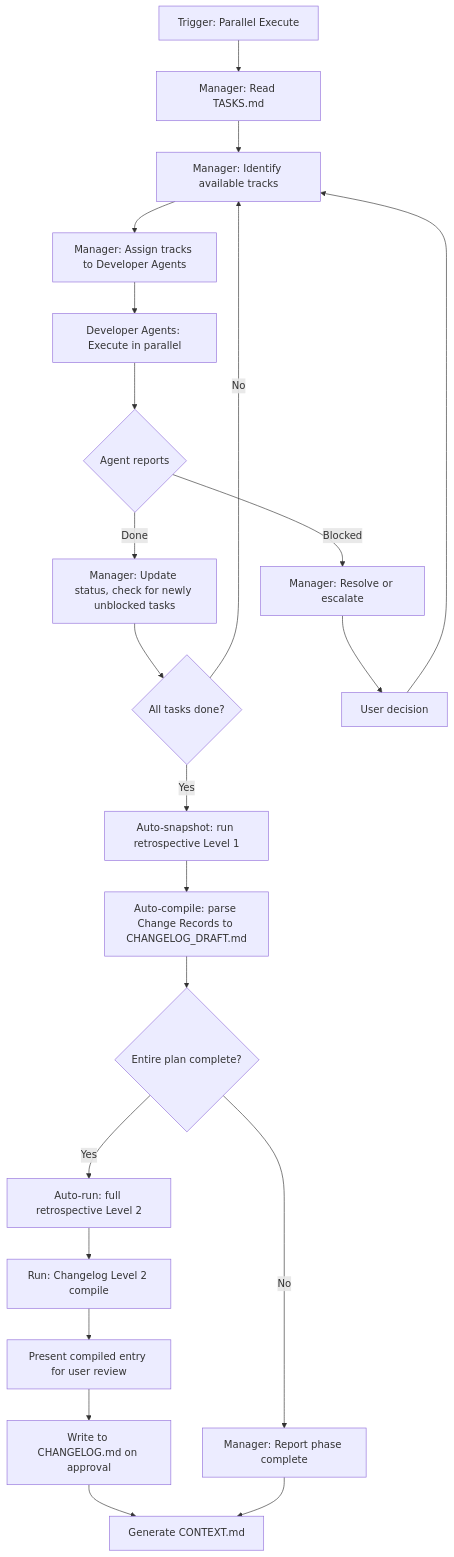
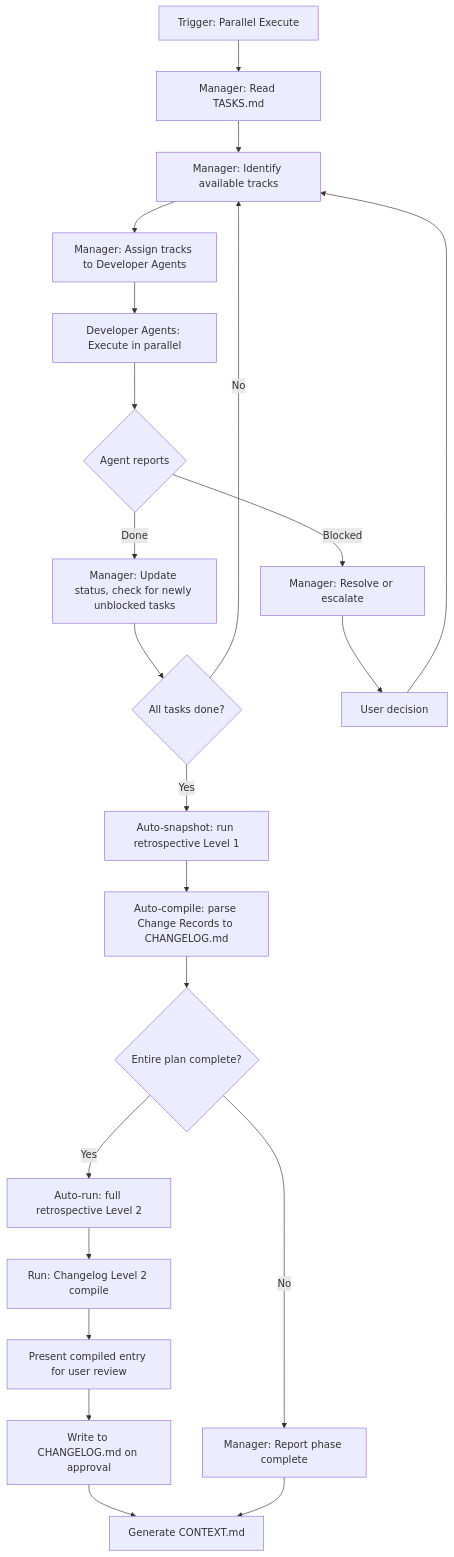
Before and after one commit to teratron/magic-spec: the third of 3 diagrams in .magic/task.md, drawn with Mermaid. The commit also changed other lines of this file and 19 other files, not shown here.

````diff
--- a/.magic/task.md
+++ b/.magic/task.md
@@ -252,24 +252,24 @@
 ```mermaid
 graph TD
     A[Trigger: Parallel Execute] --> B[Manager: Read TASKS.md]
     B --> C[Manager: Identify available tracks]
     C --> D[Manager: Assign tracks to Developer Agents]
     D --> E[Developer Agents: Execute in parallel]
     E --> F{Agent reports}
     F -->|Done| G[Manager: Update status, check for newly unblocked tasks]
     F -->|Blocked| H[Manager: Resolve or escalate]
     G --> I{All tasks done?}
     I -->|No| C
     I -->|Yes| J[Auto-snapshot: run retrospective Level 1]
-    J --> J1[Auto-compile: parse Change Records to CHANGELOG_DRAFT.md]
+    J --> J1[Auto-compile: parse Change Records to CHANGELOG.md]
     J1 --> L{Entire plan complete?}
     L -->|Yes| M[Auto-run: full retrospective Level 2]
     M --> M1[Run: Changelog Level 2 compile]
     M1 --> M2[Present compiled entry for user review]
     M2 --> N1[Write to CHANGELOG.md on approval]
     N1 --> O[Generate CONTEXT.md]
     L -->|No| N[Manager: Report phase complete]
     N --> O
     H --> K[User decision]
     K --> C
 ```
````
